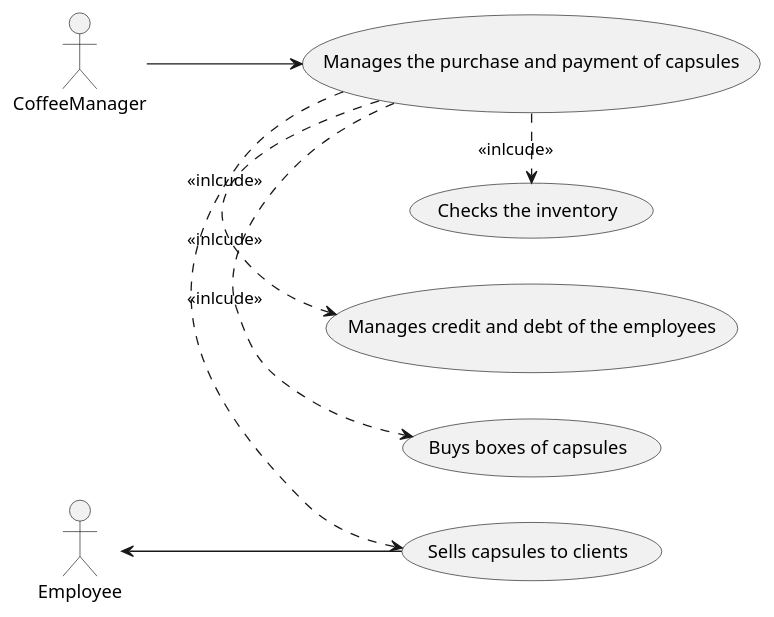
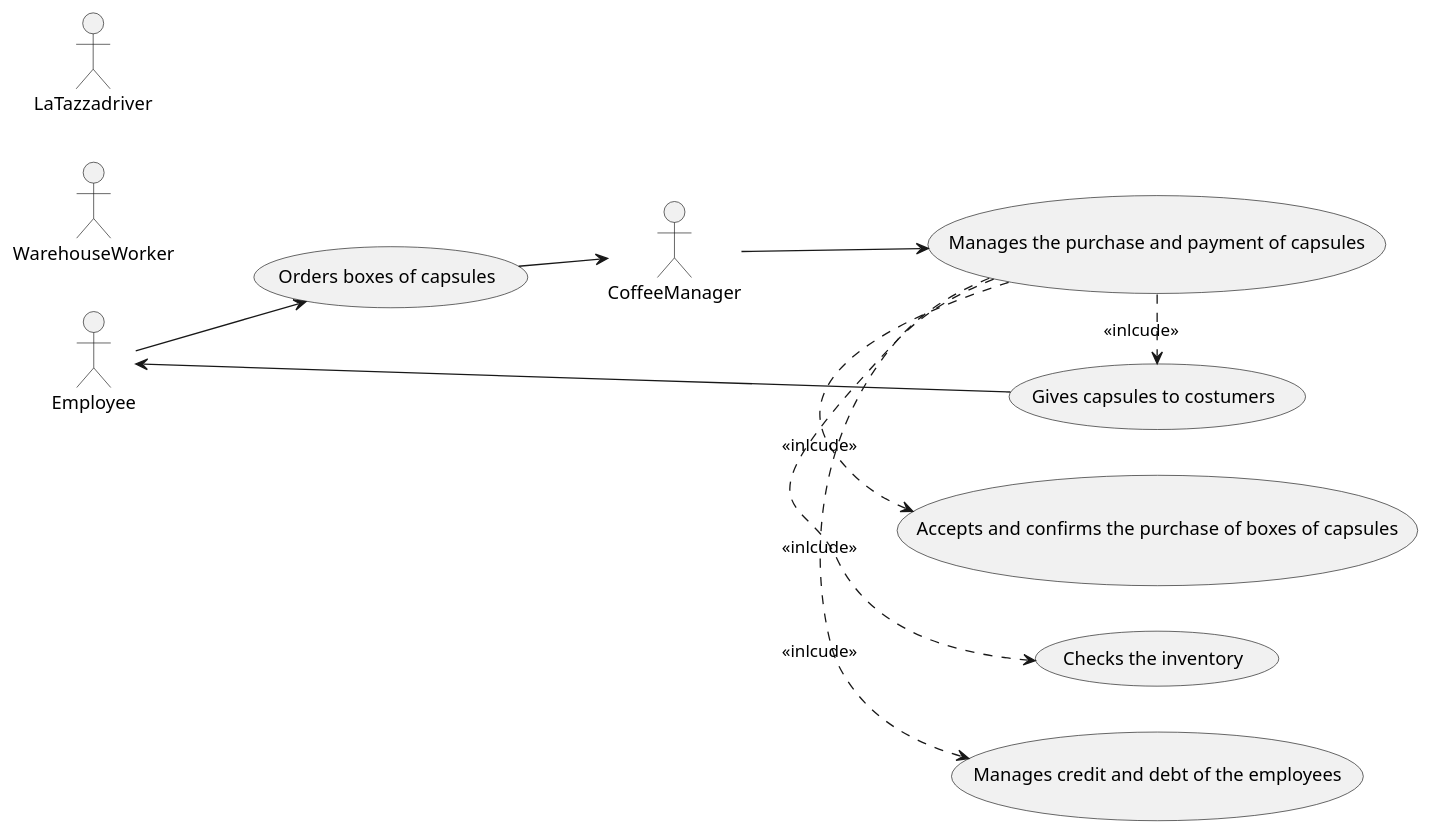
The second of 4 diagrams in templates/RequirementsTemplate.md (salvatore-dimartino/LaTazza), drawn with PlantUML before and after one commit. The commit also changed other lines of this file, not shown here.

````diff
--- a/templates/RequirementsTemplate.md
+++ b/templates/RequirementsTemplate.md
@@ -276,20 +275,24 @@
 ```plantuml
 @startuml
 
 left to right direction 
 skinparam packageStyle rectangle
 
 actor CoffeeManager as c
 actor Employee as e
+actor WarehouseWorker as w
+actor LaTazzadriver as d
 
+e --> (Orders boxes of capsules)
+(Orders boxes of capsules) --> c
 c --> (Manages the purchase and payment of capsules)
 
-(Manages the purchase and payment of capsules) .> (Sells capsules to clients) : <<inlcude>>
-(Manages the purchase and payment of capsules) .> (Buys boxes of capsules) : <<inlcude>>
+(Manages the purchase and payment of capsules) .> (Gives capsules to costumers) : <<inlcude>>
+(Manages the purchase and payment of capsules) .> (Accepts and confirms the purchase of boxes of capsules) : <<inlcude>>
 (Manages the purchase and payment of capsules) .> (Manages credit and debt of the employees) : <<inlcude>>
 (Manages the purchase and payment of capsules) .> (Checks the inventory) : <<inlcude>>
 
-e <-- (Sells capsules to clients)
+e <-- (Gives capsules to costumers)
 
 @enduml
 ```
````
